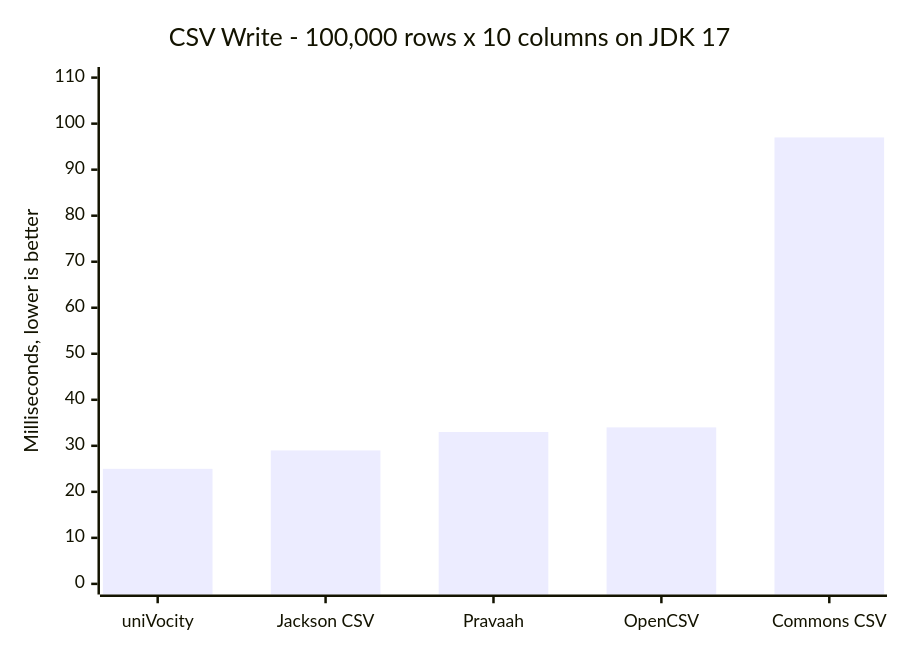
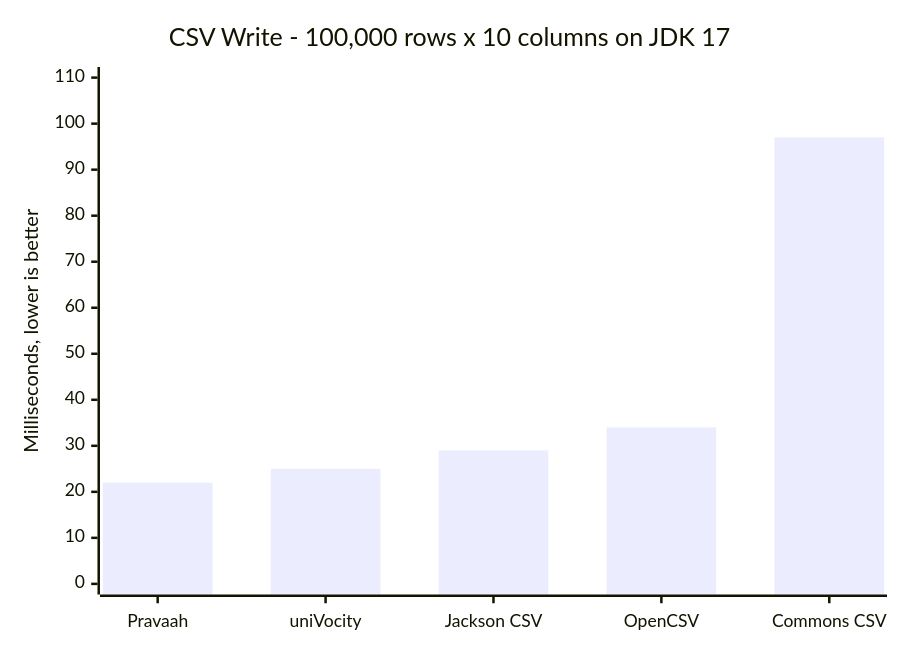
Before and after one commit to beingmartinbmc/pravaah-java: the fifth of 6 diagrams in README.md, drawn with Mermaid. The commit also changed other lines of this file and 19 other files, not shown here.

````diff
--- a/README.md
+++ b/README.md
@@ -453,7 +453,7 @@
 ```mermaid
 xychart-beta
     title "CSV Write - 100,000 rows x 10 columns on JDK 17"
-    x-axis ["uniVocity", "Jackson CSV", "Pravaah", "OpenCSV", "Commons CSV"]
+    x-axis ["Pravaah", "uniVocity", "Jackson CSV", "OpenCSV", "Commons CSV"]
     y-axis "Milliseconds, lower is better" 0 --> 110
-    bar [25, 29, 33, 34, 97]
+    bar [22, 25, 29, 34, 97]
 ```
````
